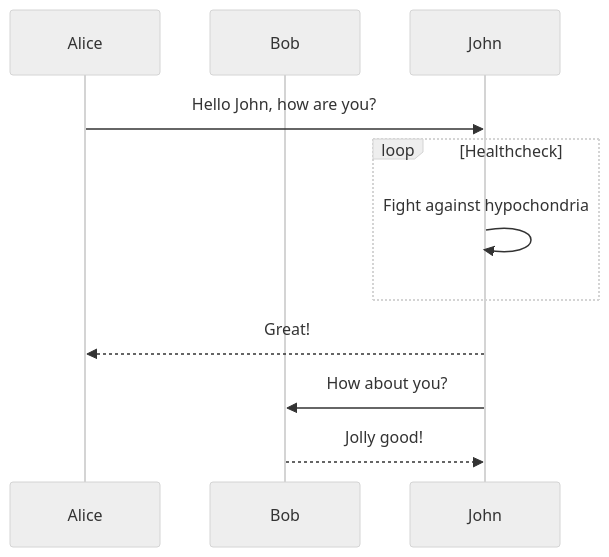
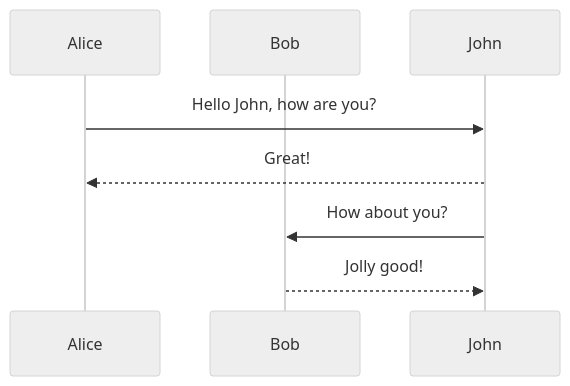
Before and after one commit to miaozhuojun/miaozhuojun.github.io: the third of 3 diagrams in _posts/2021-03-26-Hotspot-intrinsice.md, drawn with Mermaid (neutral theme).

```diff
--- a/_posts/2021-03-26-Hotspot-intrinsice.md
+++ b/_posts/2021-03-26-Hotspot-intrinsice.md
@@ -445,12 +445,10 @@
 <div class="mermaid">
 sequenceDiagram
     participant Alice
     participant Bob
+    participant John
     Alice->>John: Hello John, how are you?
-    loop Healthcheck
-        John->>John: Fight against hypochondria
-    end
     John-->>Alice: Great!
     John->>Bob: How about you?
     Bob-->>John: Jolly good!
 </div>
```
